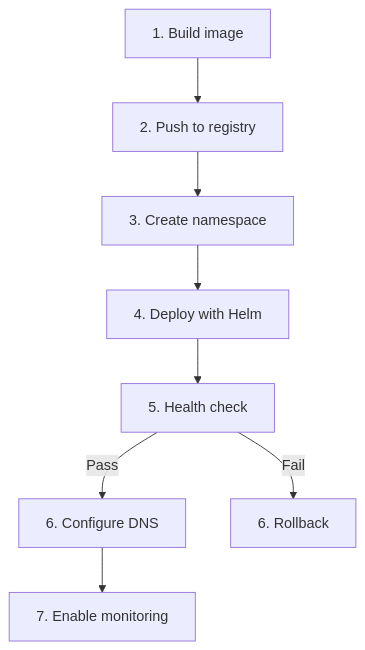
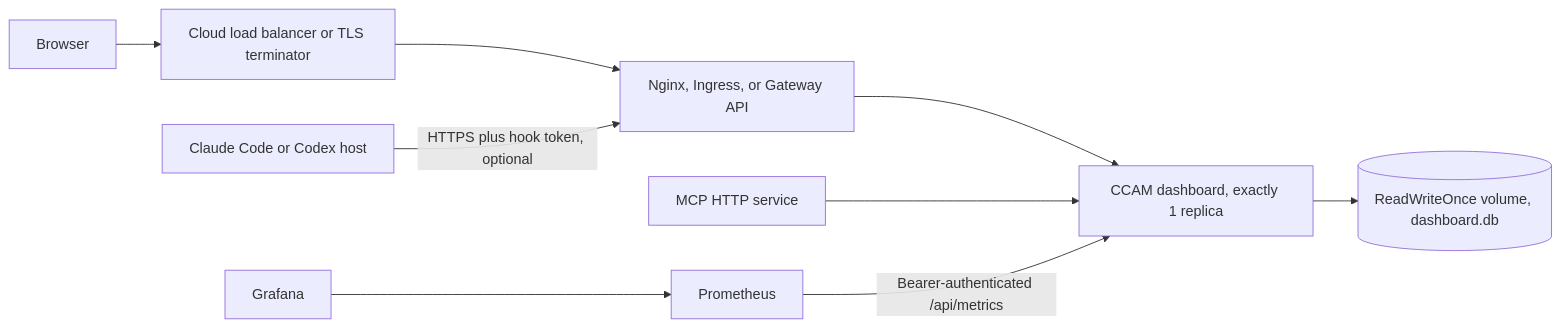
One commit to CorentinPa/Claude-Code-Agent-Monitor changed the diagram in DEPLOYMENT.md. Above: the diagram before and after it, drawn with Mermaid. The commit also changed other lines of this file and 206 other files, not shown here.

````diff
--- a/DEPLOYMENT.md
+++ b/DEPLOYMENT.md
@@ -951,10 +13,11 @@
 ```mermaid
-graph TD
-  A[1. Build image] --> B[2. Push to registry]
-  B --> C[3. Create namespace]
-  C --> D[4. Deploy with Helm]
-  D --> E[5. Health check]
-  E -->|Pass| F[6. Configure DNS]
-  E -->|Fail| G[6. Rollback]
-  F --> H[7. Enable monitoring]
+flowchart LR
+  USER[Browser] --> TLS[Cloud load balancer or TLS terminator]
+  TLS --> EDGE[Nginx, Ingress, or Gateway API]
+  EDGE --> APP[CCAM dashboard, exactly 1 replica]
+  APP --> PVC[(ReadWriteOnce volume, dashboard.db)]
+  MCP[MCP HTTP service] --> APP
+  PROM[Prometheus] -->|Bearer-authenticated /api/metrics| APP
+  GRAFANA[Grafana] --> PROM
+  HOST[Claude Code or Codex host] -->|HTTPS plus hook token, optional| EDGE
 ```
````
